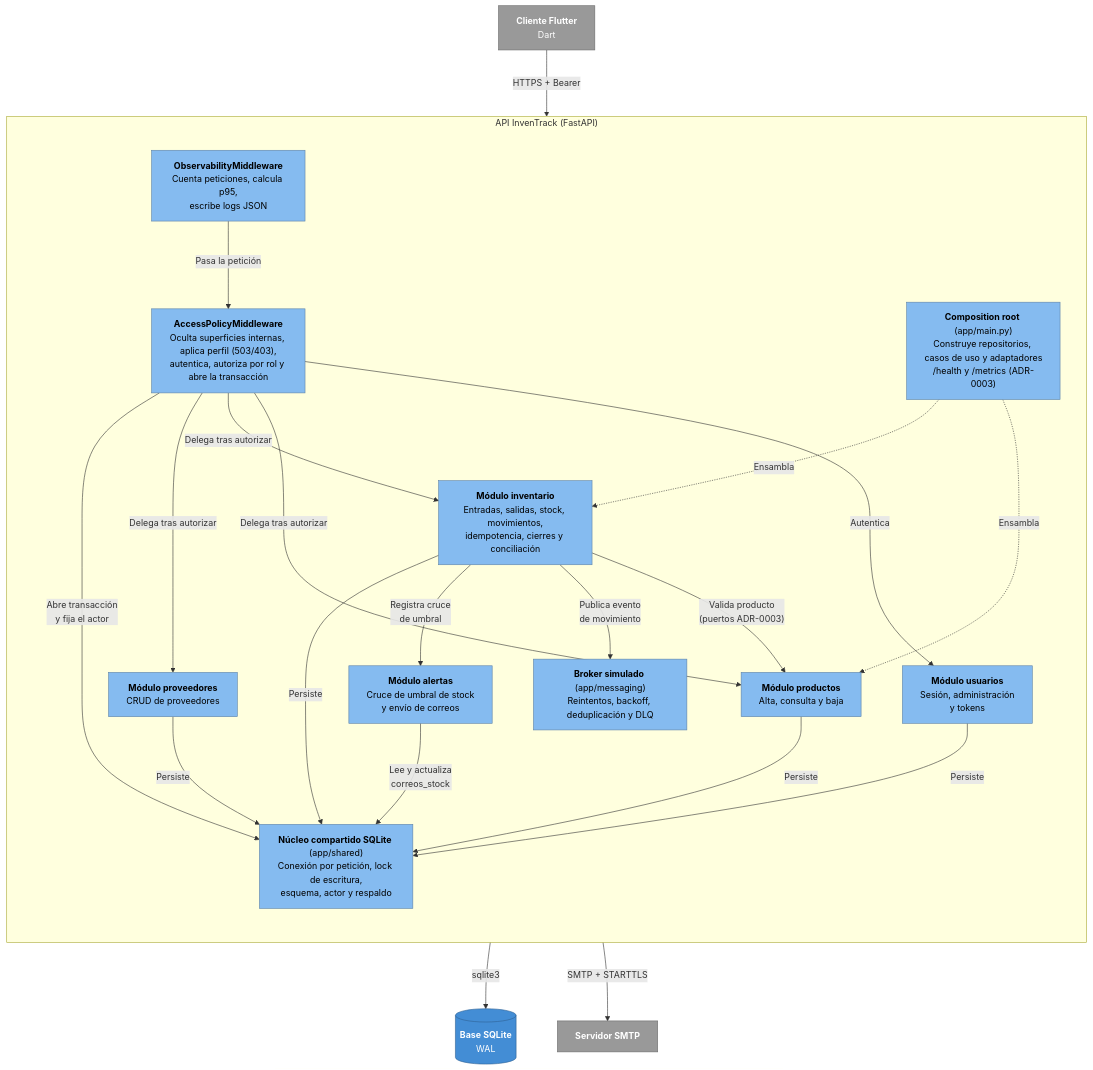
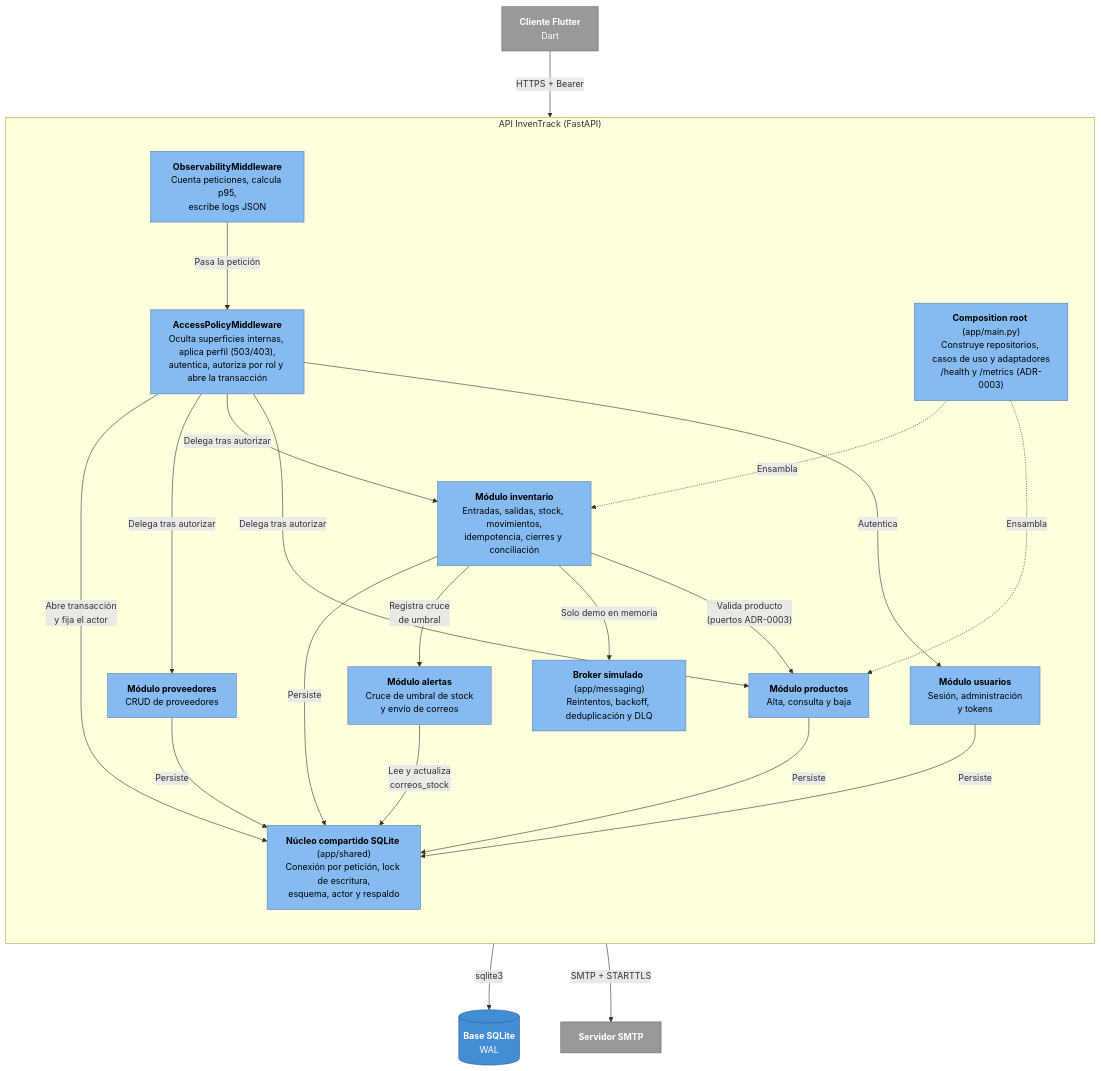
Before and after one commit to ISCOUTB/AS_202620_InvenTrack: the first of 4 diagrams in c4-actual/03-componentes.md, drawn with Mermaid. The commit also changed other lines of this file and 19 other files, not shown here.

````diff
--- a/c4-actual/03-componentes.md
+++ b/c4-actual/03-componentes.md
@@ -5,48 +5,48 @@
 ```mermaid
 flowchart TB
     %%{init: {"flowchart": {"nodeSpacing": 70, "rankSpacing": 90, "curve": "basis", "htmlLabels": true}, "themeVariables": {"fontSize": "15px"}}}%%
     app["<b>Cliente Flutter</b><br/>Dart"]:::ext
     db[("<b>Base SQLite</b><br/>WAL")]:::db
     smtp["<b>Servidor SMTP</b>"]:::ext
 
     subgraph api ["API InvenTrack (FastAPI)"]
         direction TB
         obs["<b>ObservabilityMiddleware</b><br/>Cuenta peticiones, calcula p95,<br/>escribe logs JSON"]:::comp
         acceso["<b>AccessPolicyMiddleware</b><br/>Oculta superficies internas, aplica perfil (503/403),<br/>autentica, autoriza por rol y abre la transacción"]:::comp
         root["<b>Composition root</b> (app/main.py)<br/>Construye repositorios, casos de uso y adaptadores<br/>/health y /metrics (ADR-0003)"]:::comp
         usuarios["<b>Módulo usuarios</b><br/>Sesión, administración<br/>y tokens"]:::comp
         productos["<b>Módulo productos</b><br/>Alta, consulta y baja"]:::comp
         inventario["<b>Módulo inventario</b><br/>Entradas, salidas, stock, movimientos,<br/>idempotencia, cierres y conciliación"]:::comp
         proveedores["<b>Módulo proveedores</b><br/>CRUD de proveedores"]:::comp
         alertas["<b>Módulo alertas</b><br/>Cruce de umbral de stock<br/>y envío de correos"]:::comp
         mensajeria["<b>Broker simulado</b> (app/messaging)<br/>Reintentos, backoff, deduplicación y DLQ"]:::comp
         shared["<b>Núcleo compartido SQLite</b> (app/shared)<br/>Conexión por petición, lock de escritura,<br/>esquema, actor y respaldo"]:::comp
     end
 
     app -->|"HTTPS + Bearer"| obs
     obs -->|"Pasa la petición"| acceso
     acceso -->|"Autentica"| usuarios
     acceso -->|"Delega tras autorizar"| productos
     acceso -->|"Delega tras autorizar"| inventario
     acceso -->|"Delega tras autorizar"| proveedores
     acceso -->|"Abre transacción<br/>y fija el actor"| shared
     root -.->|"Ensambla"| productos
     root -.->|"Ensambla"| inventario
     inventario -->|"Valida producto<br/>(puertos ADR-0003)"| productos
-    inventario -->|"Publica evento<br/>de movimiento"| mensajeria
+    inventario -->|"Solo demo en memoria"| mensajeria
     inventario -->|"Registra cruce<br/>de umbral"| alertas
     productos -->|"Persiste"| shared
     inventario -->|"Persiste"| shared
     proveedores -->|"Persiste"| shared
     usuarios -->|"Persiste"| shared
     alertas -->|"Lee y actualiza<br/>correos_stock"| shared
     shared -->|"sqlite3"| db
     alertas -->|"SMTP + STARTTLS"| smtp
 
     classDef person fill:#08427b,stroke:#052e56,color:#ffffff
     classDef sys fill:#1168bd,stroke:#0b4884,color:#ffffff
     classDef ext fill:#999999,stroke:#6b6b6b,color:#ffffff
     classDef cont fill:#438dd5,stroke:#2e6295,color:#ffffff
     classDef comp fill:#85bbf0,stroke:#5d82a8,color:#000000
     classDef db fill:#438dd5,stroke:#2e6295,color:#ffffff
 ```
````
